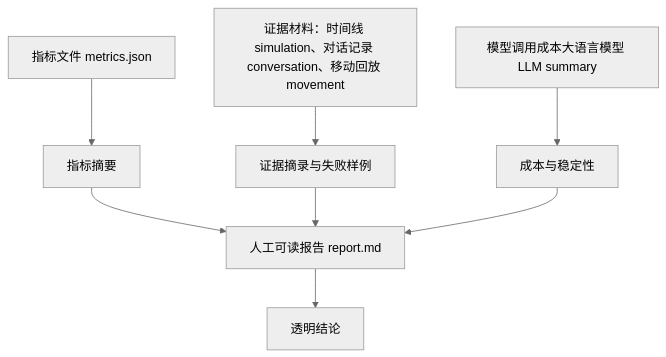
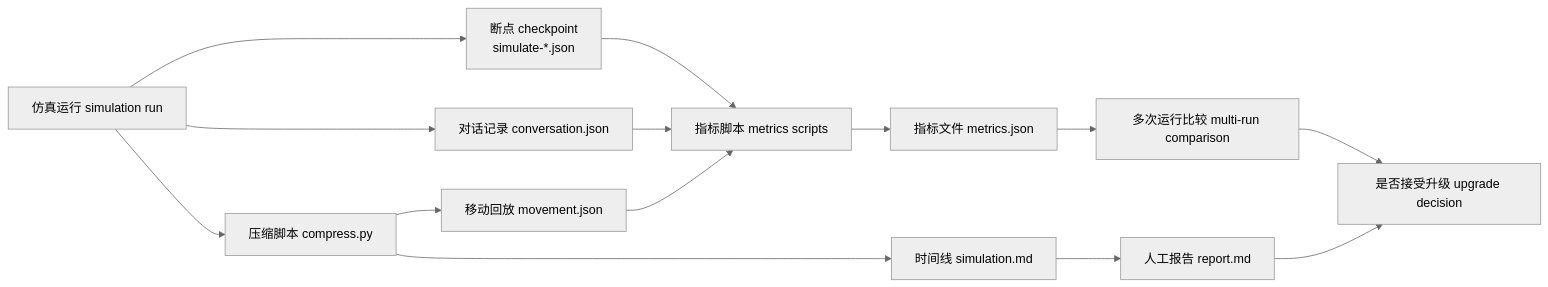
One commit to tbkken/GenerativeAgentsCN changed the first of 2 diagrams in docs/book/manuscript/part_05/chapter_37.md. Above: the diagram before and after it, drawn with Mermaid (neutral theme). The commit also changed other lines of this file and 18 other files, not shown here.

````diff
--- a/docs/book/manuscript/part_05/chapter_37.md
+++ b/docs/book/manuscript/part_05/chapter_37.md
@@ -349,10 +13,16 @@
 ```mermaid
-flowchart TD
-    Metrics["指标文件 metrics.json"] --> Summary["指标摘要"]
-    Evidence["证据材料：时间线 simulation、对话记录 conversation、移动回放 movement"] --> Cases["证据摘录与失败样例"]
-    Cost["模型调用成本大语言模型 LLM summary"] --> Runtime["成本与稳定性"]
-    Summary --> Report["人工可读报告 report.md"]
-    Cases --> Report
-    Runtime --> Report
-    Report --> Conclusion["透明结论"]
+flowchart LR
+    Run["仿真运行 simulation run"] --> Checkpoint["断点 checkpoint<br/>simulate-*.json"]
+    Run --> Conversation["对话记录 conversation.json"]
+    Run --> Compress["压缩脚本 compress.py"]
+    Compress --> Movement["移动回放 movement.json"]
+    Compress --> Timeline["时间线 simulation.md"]
+    Checkpoint --> Metrics["指标脚本 metrics scripts"]
+    Conversation --> Metrics
+    Movement --> Metrics
+    Timeline --> Report["人工报告 report.md"]
+    Metrics --> Json["指标文件 metrics.json"]
+    Json --> Compare["多次运行比较 multi-run comparison"]
+    Report --> Decision["是否接受升级 upgrade decision"]
+    Compare --> Decision
 ```
````
